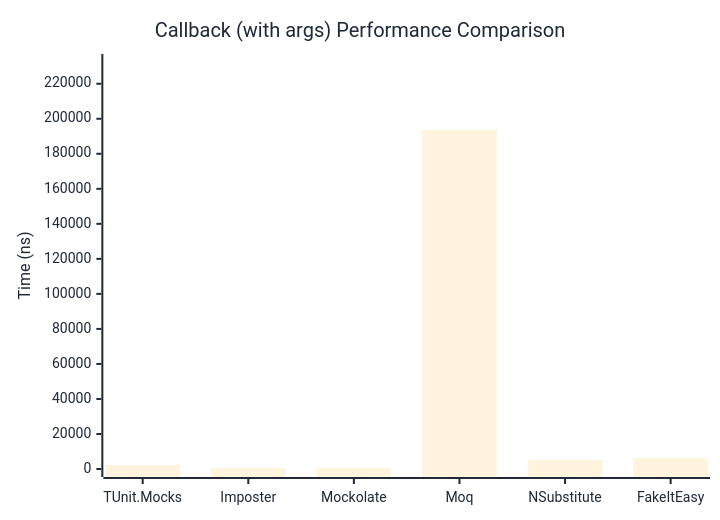
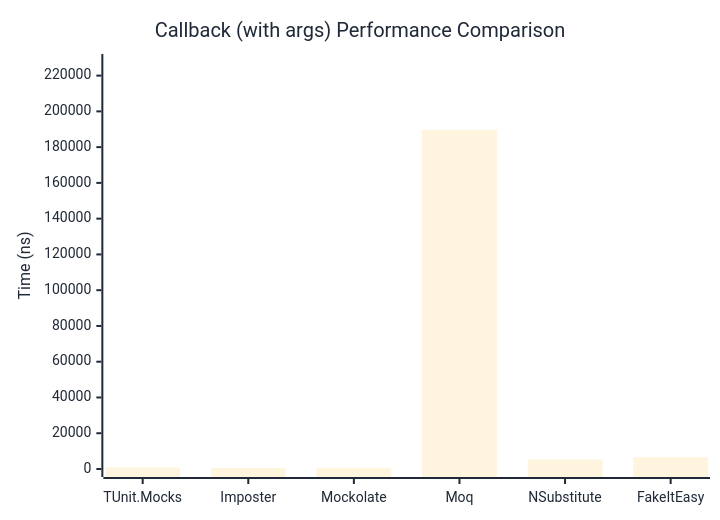
Before and after one commit to thomhurst/TUnit: the second of 2 diagrams in docs/docs/benchmarks/mocks/Callback.md, drawn with Mermaid. The commit also changed other lines of this file and 14 other files, not shown here.

````diff
--- a/docs/docs/benchmarks/mocks/Callback.md
+++ b/docs/docs/benchmarks/mocks/Callback.md
@@ -69,27 +69,27 @@
 ```mermaid
 %%{init: {
   'theme':'base',
   'themeVariables': {
     'primaryColor': '#2563eb',
     'primaryTextColor': '#1f2937',
     'primaryBorderColor': '#1e40af',
     'lineColor': '#6b7280',
     'secondaryColor': '#7c3aed',
     'tertiaryColor': '#dc2626',
     'background': '#ffffff',
     'pie1': '#2563eb',
     'pie2': '#7c3aed',
     'pie3': '#dc2626',
     'pie4': '#f59e0b',
     'pie5': '#10b981',
     'pie6': '#06b6d4',
     'pie7': '#ec4899',
     'pie8': '#6366f1'
   }
 }}%%
 xychart-beta
   title "Callback (with args) Performance Comparison"
   x-axis ["TUnit.Mocks", "Imposter", "Mockolate", "Moq", "NSubstitute", "FakeItEasy"]
-  y-axis "Time (ns)" 0 --> 232408
-  bar [2310.8, 626.2, 689.5, 193672.7, 5119.9, 6185.7]
+  y-axis "Time (ns)" 0 --> 227612
+  bar [882, 528.8, 678, 189676.3, 5288.4, 6535.3]
 ```
````
